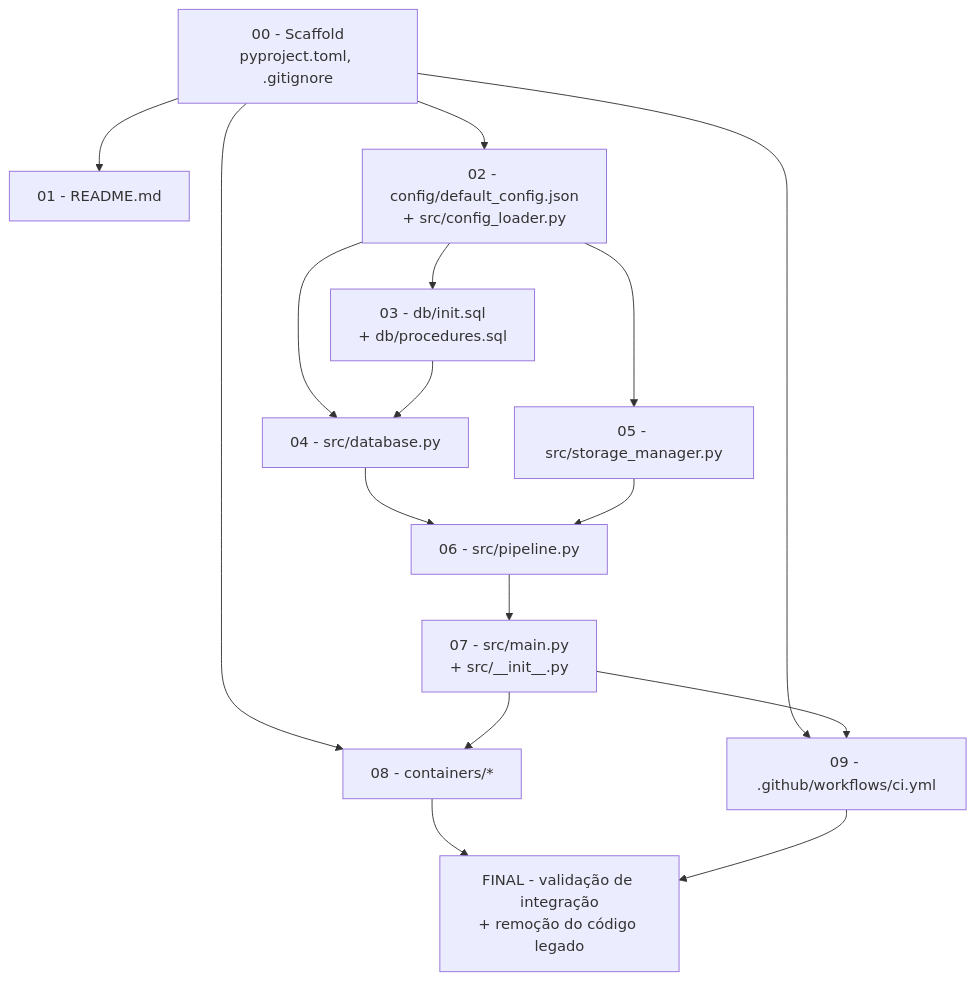
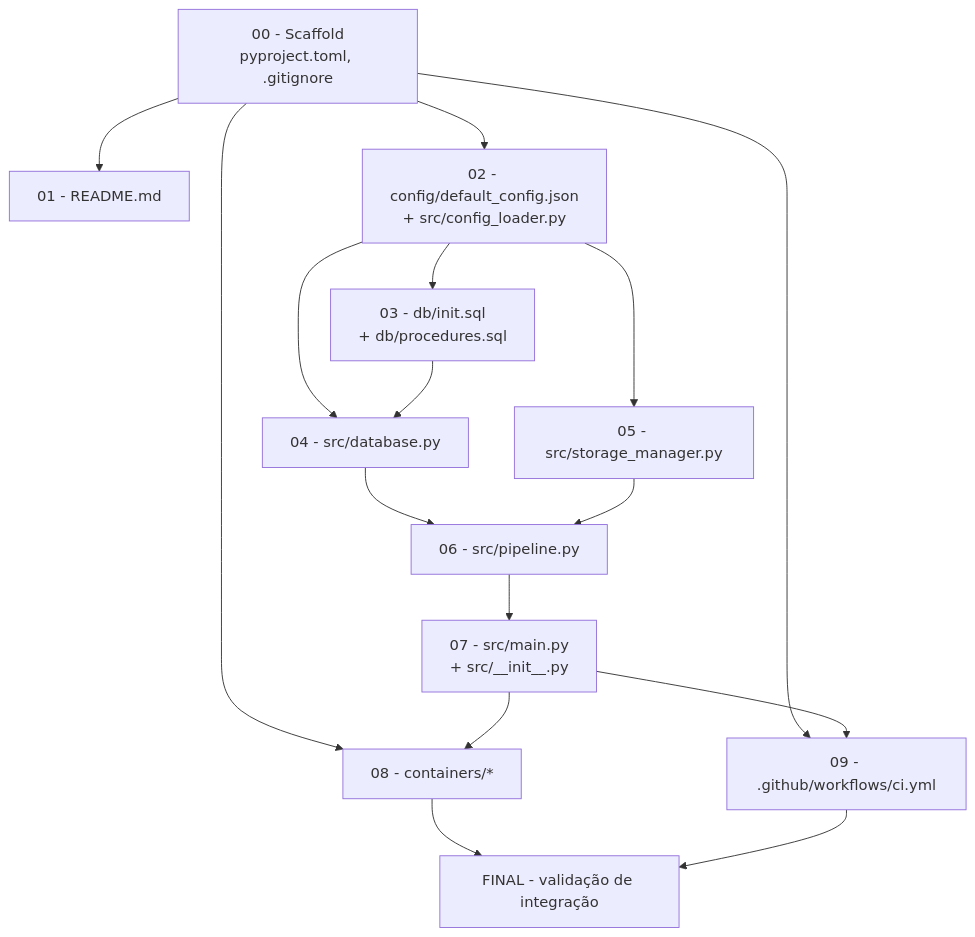
Before and after one commit to InovaFiscaliza/Scarab: the second of 2 diagrams in docs/rewrite/PLAN.md, drawn with Mermaid. The commit also changed other lines of this file and 94 other files, not shown here.

````diff
--- a/docs/rewrite/PLAN.md
+++ b/docs/rewrite/PLAN.md
@@ -118,18 +116,18 @@
 ```mermaid
 flowchart TD
     M00[00 - Scaffold\npyproject.toml, .gitignore] --> M01[01 - README.md]
     M00 --> M02[02 - config/default_config.json\n+ src/config_loader.py]
     M02 --> M03[03 - db/init.sql\n+ db/procedures.sql]
     M02 --> M04[04 - src/database.py]
     M03 --> M04
     M02 --> M05[05 - src/storage_manager.py]
     M04 --> M06[06 - src/pipeline.py]
     M05 --> M06
     M06 --> M07[07 - src/main.py\n+ src/__init__.py]
     M00 --> M08[08 - containers/*]
     M07 --> M08
     M00 --> M09[09 - .github/workflows/ci.yml]
     M07 --> M09
-    M08 --> MF[FINAL - validação de integração\n+ remoção do código legado]
+    M08 --> MF[FINAL - validação de integração]
     M09 --> MF
 ```
````
